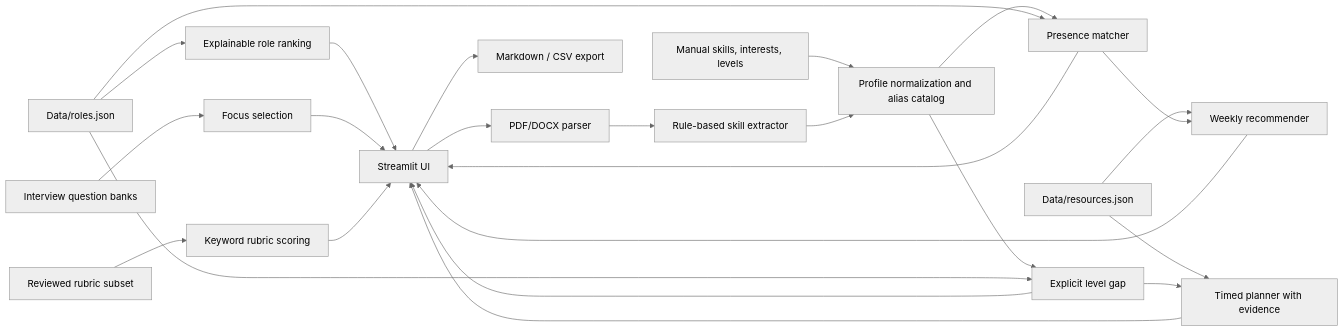
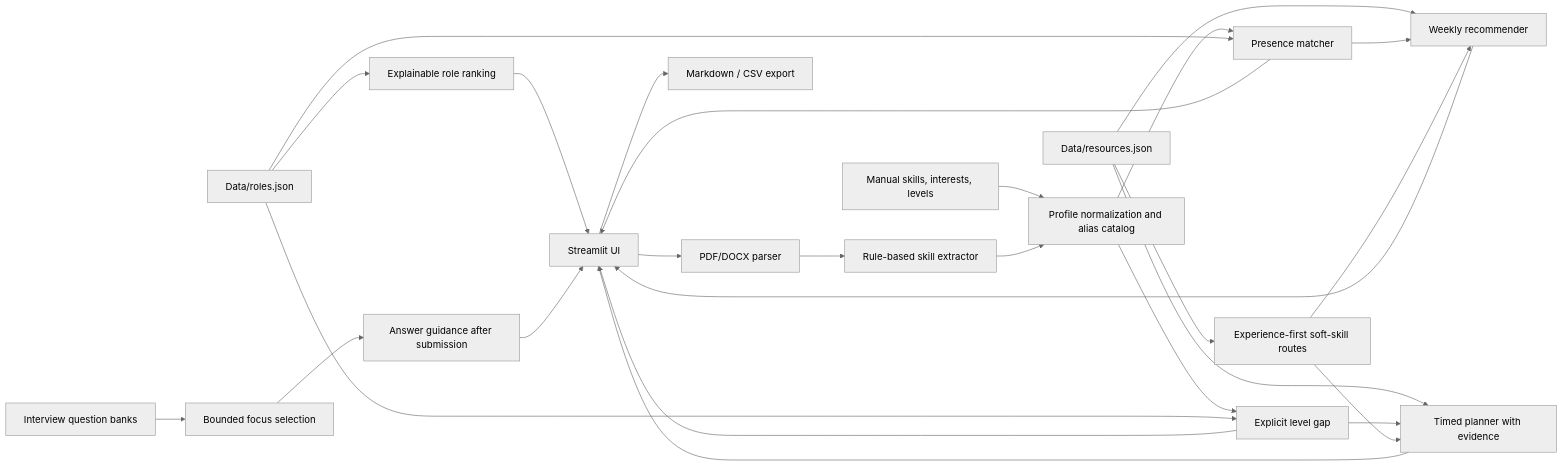
Before and after one commit to LinhLaSieuSao/AI-Career-Coach: the diagram in docs/architecture.md, drawn with Mermaid (neutral theme). The commit also changed other lines of this file and 141 other files, not shown here.

````diff
--- a/docs/architecture.md
+++ b/docs/architecture.md
@@ -3,26 +3,28 @@
 ```mermaid
 flowchart LR
     UI[Streamlit UI] --> PARSE[PDF/DOCX parser]
     PARSE --> EXT[Rule-based skill extractor]
     FORM[Manual skills, interests, levels] --> PROF[Profile normalization and alias catalog]
     EXT --> PROF
     PROF --> PRES[Presence matcher]
     PROF --> GAP[Explicit level gap]
     ROLES[Data/roles.json] --> PRES
     ROLES --> GAP
     ROLES --> SUG[Explainable role ranking]
     RES[Data/resources.json] --> WEEK[Weekly recommender]
     RES --> TIME[Timed planner with evidence]
     PRES --> WEEK
     GAP --> TIME
     PRES --> UI
     GAP --> UI
     SUG --> UI
     WEEK --> UI
     TIME --> UI
-    QUESTIONS[Interview question banks] --> INTERVIEW[Focus selection]
-    RUBRIC[Reviewed rubric subset] --> SCORE[Keyword rubric scoring]
-    INTERVIEW --> UI
-    SCORE --> UI
+    QUESTIONS[Interview question banks] --> INTERVIEW[Bounded focus selection]
+    INTERVIEW --> GUIDANCE[Answer guidance after submission]
+    GUIDANCE --> UI
+    RES --> PRACTICE[Experience-first soft-skill routes]
+    PRACTICE --> WEEK
+    PRACTICE --> TIME
     UI --> EXPORT[Markdown / CSV export]
 ```
````
